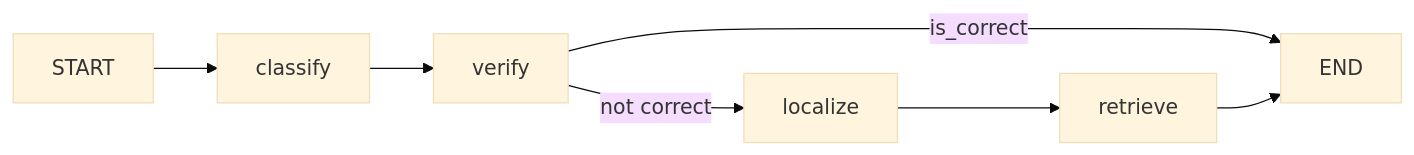
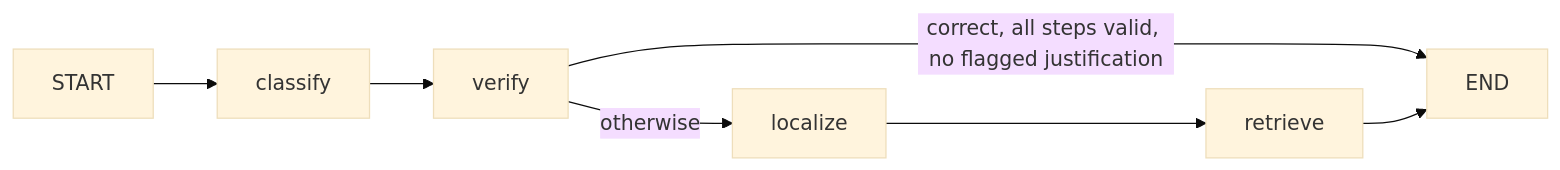
Before and after one commit to ruzhylopv/math-tutor-nlp-sys: the second of 2 diagrams in docs/architecture.md, drawn with Mermaid (base theme). The commit also changed other lines of this file and 4 other files, not shown here.

````diff
--- a/docs/architecture.md
+++ b/docs/architecture.md
@@ -46,6 +45,6 @@
 ```mermaid
 flowchart LR
   START --> classify --> verify
-  verify -->|is_correct| END
-  verify -->|not correct| localize --> retrieve --> END
+  verify -->|"correct, all steps valid, no flagged justification"| END
+  verify -->|otherwise| localize --> retrieve --> END
 ```
````
